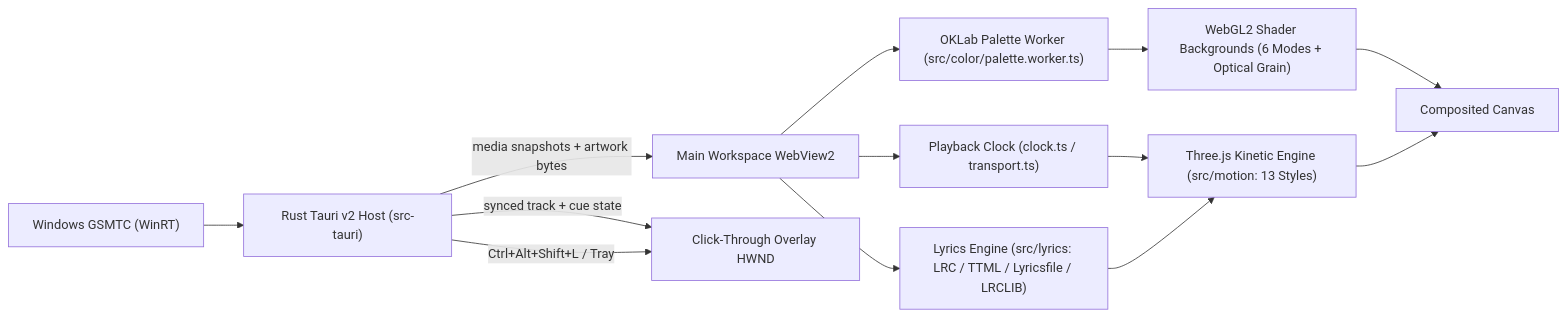
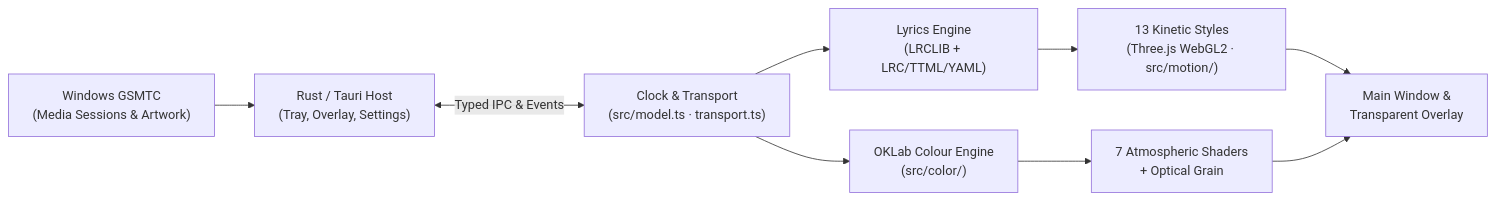
Before and after one commit to Demmonics/Eonara: the diagram in README.md, drawn with Mermaid. The commit also changed other lines of this file and 119 other files, not shown here.

````diff
--- a/README.md
+++ b/README.md
@@ -133,17 +78,11 @@
 ```mermaid
 flowchart LR
-  GSMTC["Windows GSMTC (WinRT)"] --> Host["Rust Tauri v2 Host (src-tauri)"]
-  Host -->|"media snapshots + artwork bytes"| Main["Main Workspace WebView2"]
-  Host -->|"synced track + cue state"| Overlay["Click-Through Overlay HWND"]
-  Host -->|"Ctrl+Alt+Shift+L / Tray"| Overlay
-
-  Main --> Clock["Playback Clock (clock.ts / transport.ts)"]
-  Main --> Lyrics["Lyrics Engine (src/lyrics: LRC / TTML / Lyricsfile / LRCLIB)"]
-  Main --> Worker["OKLab Palette Worker (src/color/palette.worker.ts)"]
-
-  Clock --> Motion["Three.js Kinetic Engine (src/motion: 13 Styles)"]
-  Lyrics --> Motion
-  Worker --> Shaders["WebGL2 Shader Backgrounds (6 Modes + Optical Grain)"]
-  Shaders --> Stage["Composited Canvas"]
-  Motion --> Stage
+  GSMTC["Windows GSMTC<br/>(Media Sessions & Artwork)"] --> Host["Rust / Tauri Host<br/>(Tray, Overlay, Settings)"]
+  Host <-->|"Typed IPC & Events"| Core["Clock & Transport<br/>(src/model.ts · transport.ts)"]
+  Core --> Lyrics["Lyrics Engine<br/>(LRCLIB + LRC/TTML/YAML)"]
+  Core --> Palette["OKLab Colour Engine<br/>(src/color/)"]
+  Lyrics --> Motion["13 Kinetic Styles<br/>(Three.js WebGL2 · src/motion/)"]
+  Palette --> Shader["7 Atmospheric Shaders<br/>+ Optical Grain"]
+  Motion --> Stage["Main Window &<br/>Transparent Overlay"]
+  Shader --> Stage
 ```
````
